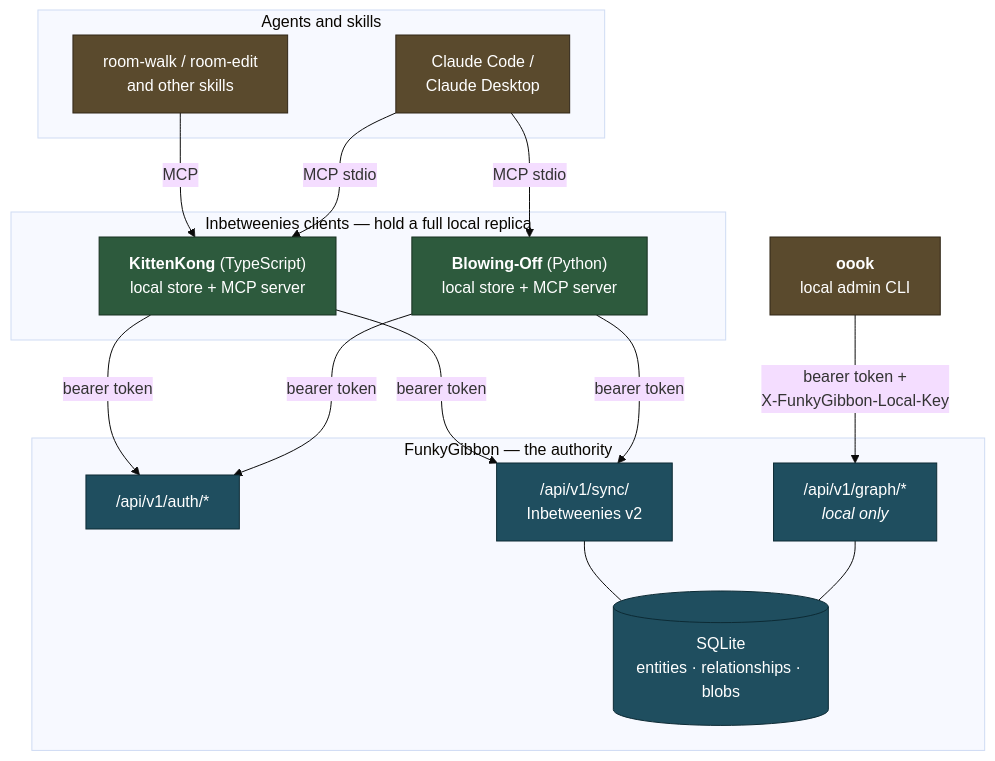
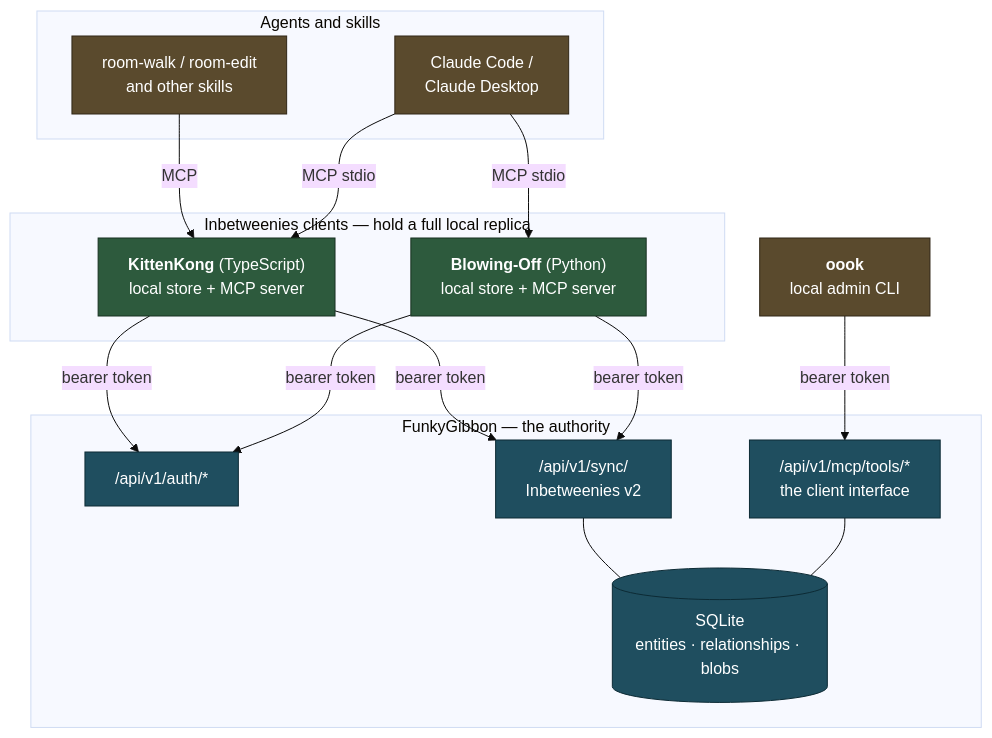
One commit to adrianco/the-goodies changed the first of 2 diagrams in docs/architecture.md. Above: the diagram before and after it, drawn with Mermaid (base theme). The commit also changed other lines of this file and 40 other files, not shown here.

First line of the commit message:
feat!: v0.7.0 — graph REST removed, concurrent edits merge (ADR-005 §2), list_entities

````diff
--- a/docs/architecture.md
+++ b/docs/architecture.md
@@ -7,42 +7,42 @@
 ```mermaid
 graph TB
     subgraph agents["Agents and skills"]
         SKILL["room-walk / room-edit<br/>and other skills"]
         CLAUDE["Claude Code /<br/>Claude Desktop"]
     end
 
     subgraph clients["Inbetweenies clients — hold a full local replica"]
         KK["<b>KittenKong</b> (TypeScript)<br/>local store + MCP server"]
         BO["<b>Blowing-Off</b> (Python)<br/>local store + MCP server"]
     end
 
     subgraph server["FunkyGibbon — the authority"]
         AUTH["/api/v1/auth/*"]
         SYNC["/api/v1/sync/<br/>Inbetweenies v2"]
-        REST["/api/v1/graph/*<br/><i>local only</i>"]
+        MCPT["/api/v1/mcp/tools/*<br/>the client interface"]
         DB[("SQLite<br/>entities · relationships · blobs")]
     end
 
     OOOK["<b>oook</b><br/>local admin CLI"]
 
     SKILL -->|MCP| KK
     CLAUDE -->|MCP stdio| KK
     CLAUDE -->|MCP stdio| BO
 
     KK -->|bearer token| AUTH
     KK -->|bearer token| SYNC
     BO -->|bearer token| AUTH
     BO -->|bearer token| SYNC
 
-    OOOK -->|bearer token +<br/>X-FunkyGibbon-Local-Key| REST
+    OOOK -->|bearer token| MCPT
 
     SYNC --- DB
-    REST --- DB
+    MCPT --- DB
 
     classDef authority fill:#1f4e5f,stroke:#0d2b35,color:#fff
     classDef client fill:#2d5a3d,stroke:#173021,color:#fff
     classDef caller fill:#5a4a2d,stroke:#302617,color:#fff
-    class AUTH,SYNC,REST,DB authority
+    class AUTH,SYNC,MCPT,DB authority
     class KK,BO client
     class SKILL,CLAUDE,OOOK caller
 ```
````
